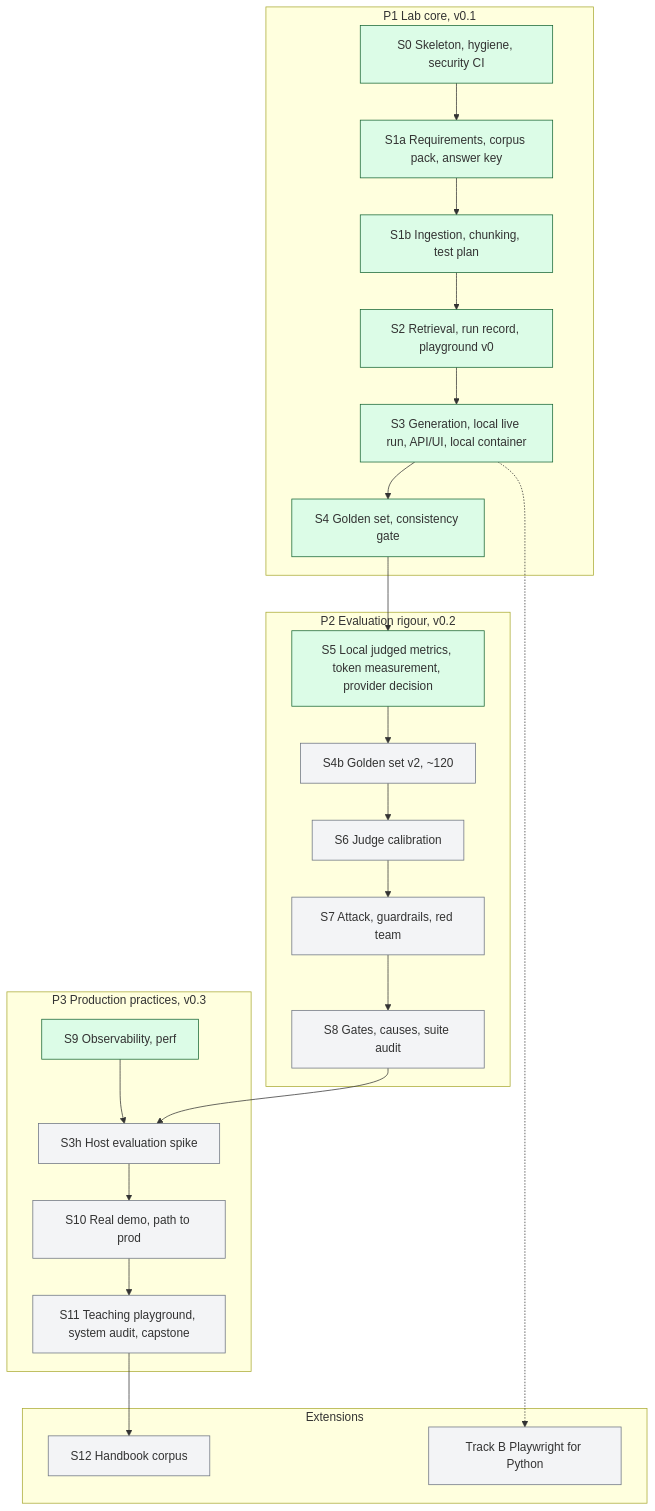
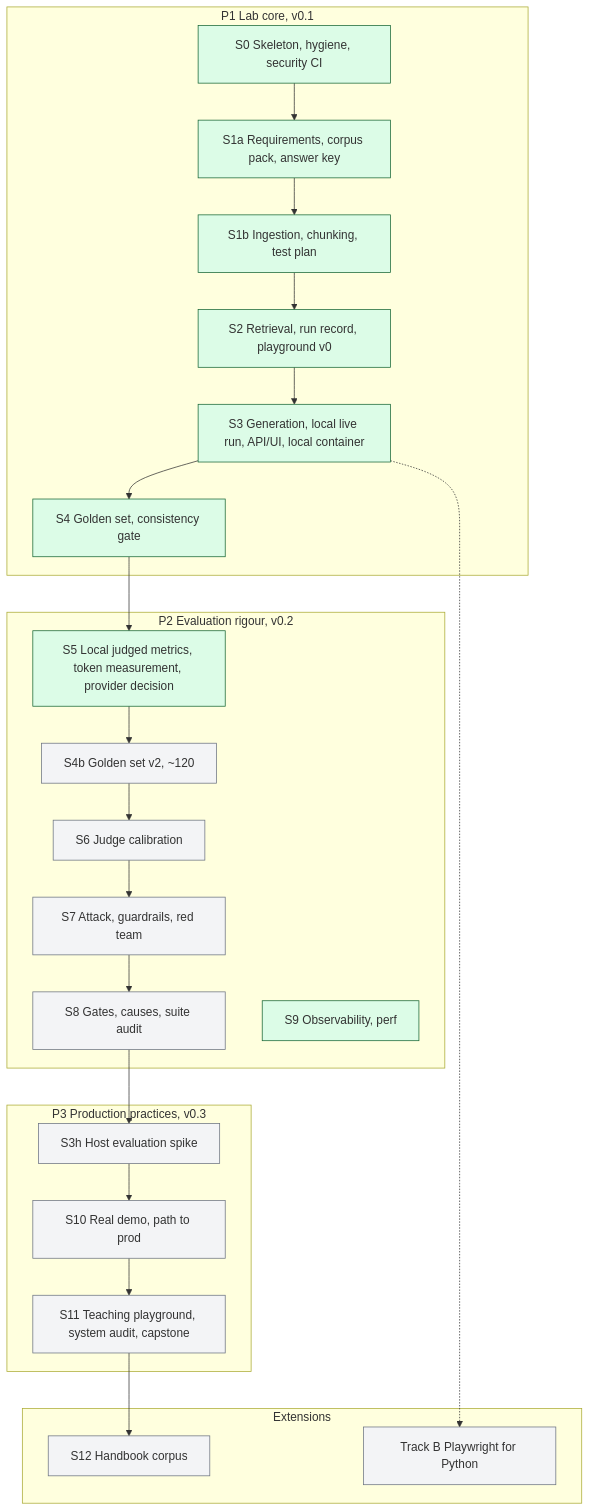
Before and after one commit to willcoliveira/ai-testing-rag-lab: the diagram in README.md, drawn with Mermaid. The commit also changed 2 other files, not shown here.

Commit message:
docs(s9): put S9 in v0.2's slices and P2's box of the phase map (S9-J1)
The main plan's v0.2 and v0.3 headings and phase rows name S9 in v0.2; its row moves to v0.2's table, marked as brought forward; the Observability practice row follows; and the S9 node moves into the P2 subgraph in the three copies of the phase map, with P3 starting at S3h. The dated note says so.

````diff
--- a/README.md
+++ b/README.md
@@ -25,25 +25,26 @@
 ```mermaid
 flowchart TB
   subgraph P1[P1 Lab core, v0.1]
     S0[S0 Skeleton, hygiene, security CI] --> S1a[S1a Requirements, corpus pack, answer key] --> S1b[S1b Ingestion, chunking, test plan] --> S2[S2 Retrieval, run record, playground v0] --> S3[S3 Generation, local live run, API/UI, local container] --> S4[S4 Golden set, consistency gate]
   end
   subgraph P2[P2 Evaluation rigour, v0.2]
     S5[S5 Local judged metrics, token measurement, provider decision] --> S4b[S4b Golden set v2, ~120] --> S6[S6 Judge calibration] --> S7[S7 Attack, guardrails, red team] --> S8[S8 Gates, causes, suite audit]
+    S9[S9 Observability, perf]
   end
   subgraph P3[P3 Production practices, v0.3]
-    S9[S9 Observability, perf] --> S3h[S3h Host evaluation spike] --> S10[S10 Real demo, path to prod] --> S11[S11 Teaching playground, system audit, capstone]
+    S3h[S3h Host evaluation spike] --> S10[S10 Real demo, path to prod] --> S11[S11 Teaching playground, system audit, capstone]
   end
   subgraph EXT[Extensions]
     S12[S12 Handbook corpus]
     B[Track B Playwright for Python]
   end
   S4 --> S5
   S8 --> S3h
   S11 --> S12
   S3 -.-> B
   classDef todo fill:#f3f4f6,stroke:#6b7280
   classDef wip fill:#fef3c7,stroke:#92400e
   classDef done fill:#dcfce7,stroke:#166534
   class S0,S1a,S1b,S2,S3,S4,S5,S9 done
   class S3h,S4b,S6,S7,S8,S10,S11,S12,B todo
 ```
````
